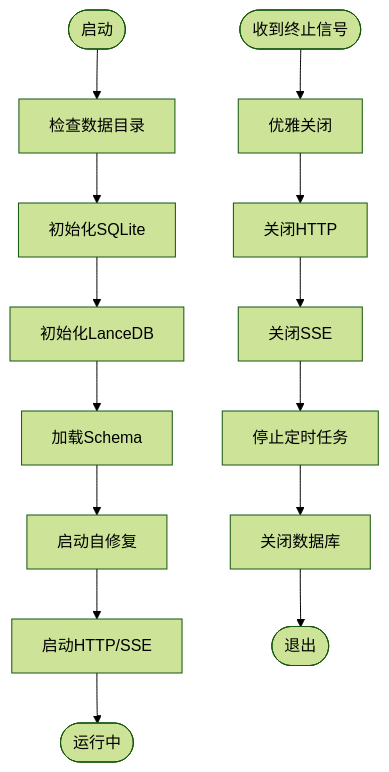
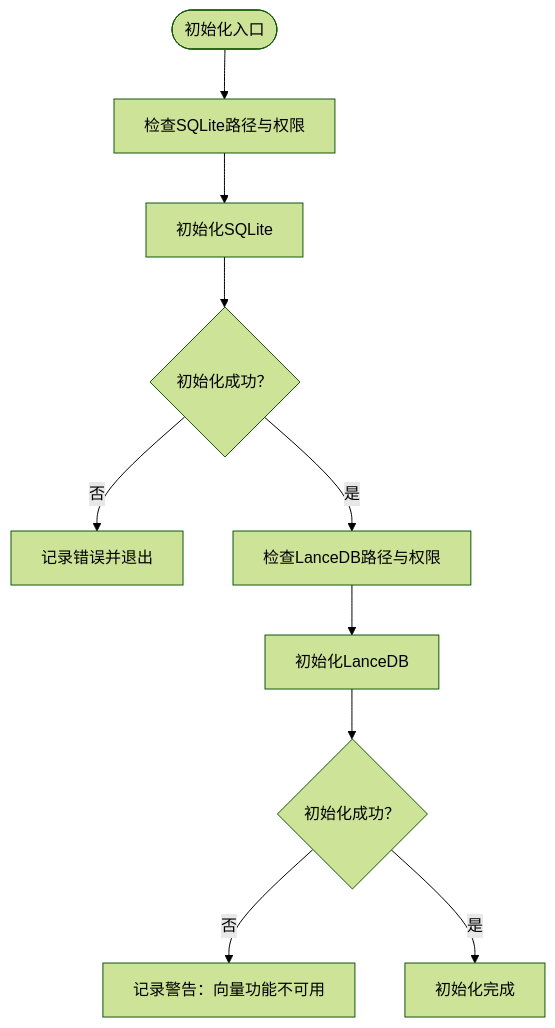
The fourth of 7 diagrams in NL2SQL/.qoder/repowiki/zh/content/故障排除.md (HanHuiOnLine/724-office), drawn with Mermaid (forest theme) before and after one commit. The commit also changed other lines of this file and 200 other files, not shown here.

````diff
--- a/NL2SQL/.qoder/repowiki/zh/content/故障排除.md
+++ b/NL2SQL/.qoder/repowiki/zh/content/故障排除.md
@@ -144,16 +183,12 @@
 ```mermaid
 flowchart TD
-Start(["启动"]) --> CheckDir["检查数据目录"]
-CheckDir --> InitDB["初始化SQLite"]
-InitDB --> InitVDB["初始化LanceDB"]
-InitVDB --> LoadSchema["加载Schema"]
-LoadSchema --> StartSelfRepair["启动自修复"]
-StartSelfRepair --> StartHTTP["启动HTTP/SSE"]
-StartHTTP --> Running(["运行中"])
-Stop(["收到终止信号"]) --> GraceStop["优雅关闭"]
-GraceStop --> CloseHTTP["关闭HTTP"]
-CloseHTTP --> CloseSSE["关闭SSE"]
-CloseSSE --> StopJobs["停止定时任务"]
-StopJobs --> CloseDB["关闭数据库"]
-CloseDB --> Exit(["退出"])
+Start(["初始化入口"]) --> CheckDB["检查SQLite路径与权限"]
+CheckDB --> InitDB["初始化SQLite"]
+InitDB --> DBOK{"初始化成功？"}
+DBOK --> |否| DBFail["记录错误并退出"]
+DBOK --> |是| CheckVDB["检查LanceDB路径与权限"]
+CheckVDB --> InitVDB["初始化LanceDB"]
+InitVDB --> VDBOK{"初始化成功？"}
+VDBOK --> |否| WarnVDB["记录警告：向量功能不可用"]
+VDBOK --> |是| Done["初始化完成"]
 ```
````
